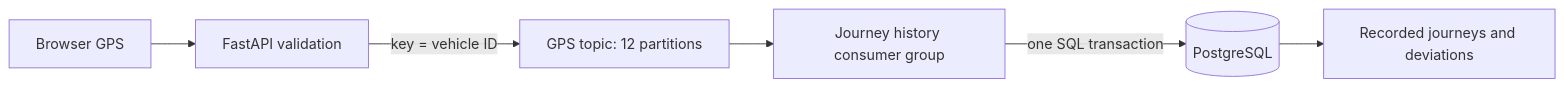
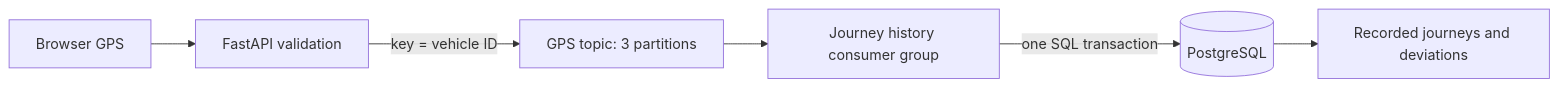
Before and after one commit to vermavaibhav23/CabWatch: the diagram in README.md, drawn with Mermaid. The commit also changed other lines of this file and 17 other files, not shown here.

````diff
--- a/README.md
+++ b/README.md
@@ -15,8 +15,8 @@
 ```mermaid
 flowchart LR
  Browser[Browser GPS] --> API[FastAPI validation]
- API -->|key = vehicle ID| Kafka[GPS topic: 12 partitions]
+ API -->|key = vehicle ID| Kafka[GPS topic: 3 partitions]
  Kafka --> Worker[Journey history consumer group]
  Worker -->|one SQL transaction| SQL[(PostgreSQL)]
  SQL --> Dashboard[Recorded journeys and deviations]
 ```
````
